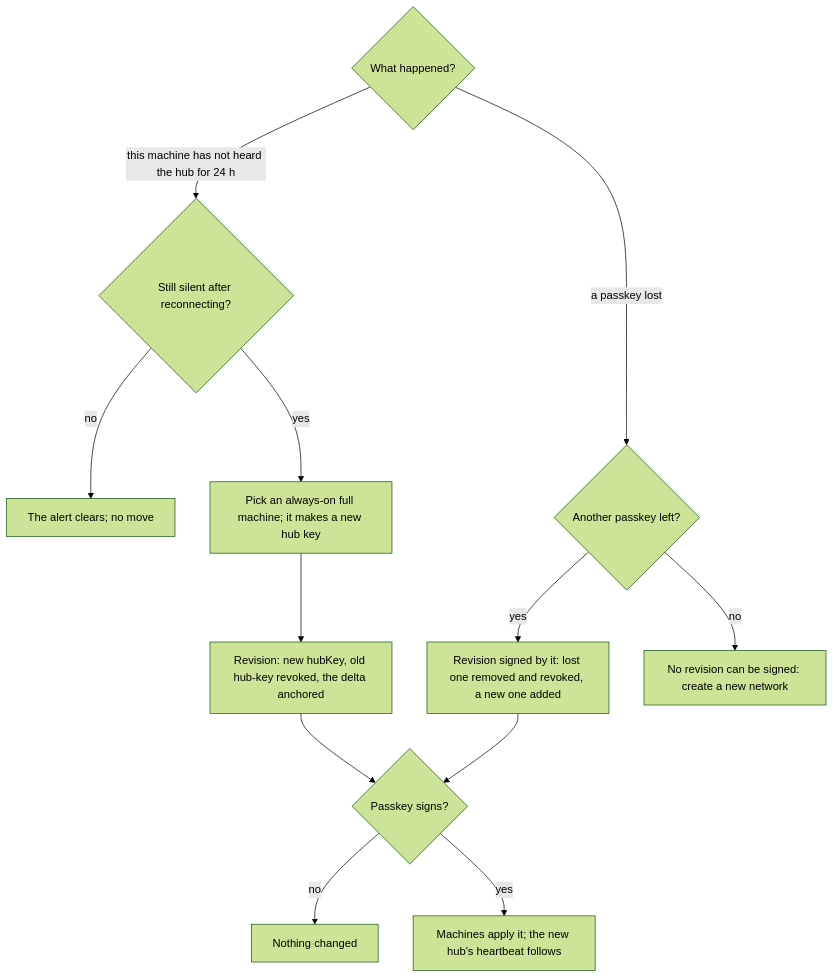
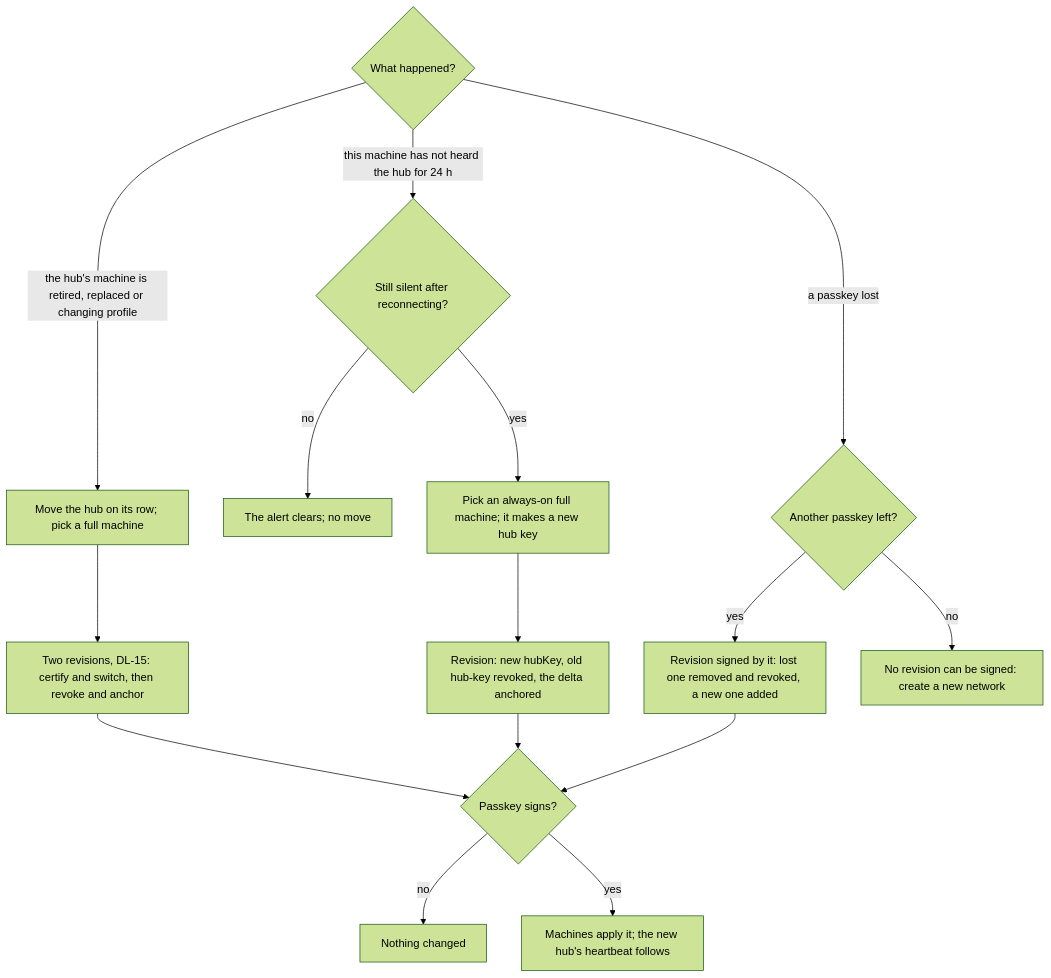
Before and after one commit to passioncode-ai/fabric-agent-contract: diagram 27 of 27 in docs/ux/flows.md, drawn with Mermaid (forest theme). The commit also changed other lines of this file and 13 other files, not shown here.

````diff
--- a/docs/ux/flows.md
+++ b/docs/ux/flows.md
@@ -662,14 +662,17 @@
 ```mermaid
 flowchart TD
-  A{What happened?} -->|this machine has not heard the hub for 24 h| C{Still silent after reconnecting?}
+  A{What happened?} -->|the hub's machine is retired, replaced or changing profile| L[Move the hub on its row; pick a full machine]
+  L --> T[Two revisions, DL-15: certify and switch, then revoke and anchor]
+  T --> S
+  A -->|this machine has not heard the hub for 24 h| C{Still silent after reconnecting?}
   C -->|no| Z[The alert clears; no move]
   C -->|yes| M[Pick an always-on full machine; it makes a new hub key]
   M --> R[Revision: new hubKey, old hub-key revoked, the delta anchored]
   A -->|a passkey lost| P{Another passkey left?}
   P -->|yes| Q[Revision signed by it: lost one removed and revoked, a new one added]
   P -->|no| N[No revision can be signed: create a new network]
   R --> S{Passkey signs?}
   Q --> S
   S -->|no| X[Nothing changed]
   S -->|yes| D[Machines apply it; the new hub's heartbeat follows]
 ```
````
